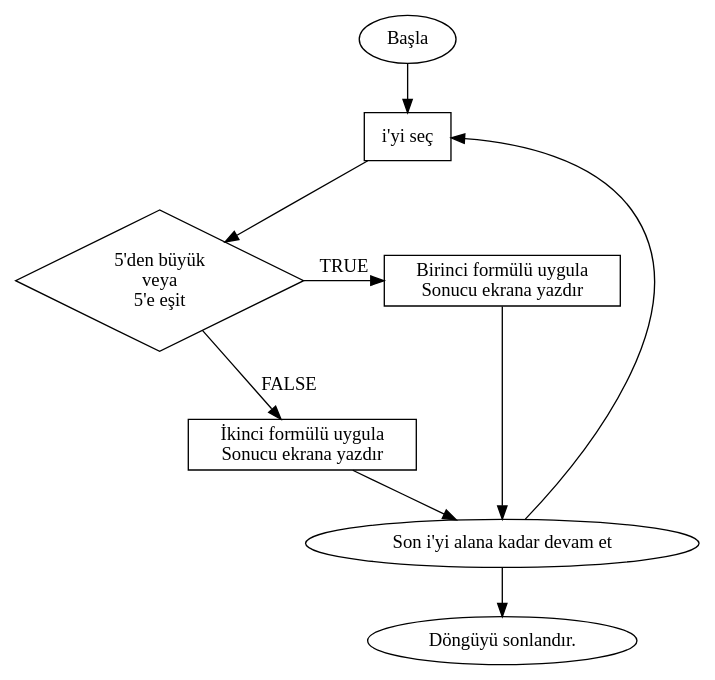
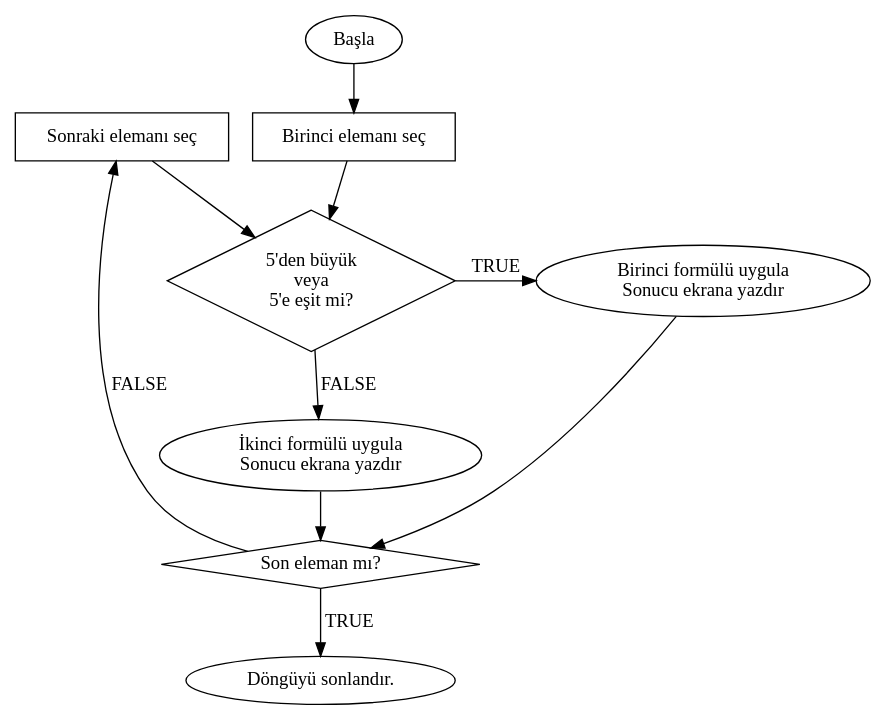
The third of 3 diagrams in 03-bilgisayarli-dusunme/01-ileri-seviye-r-01.qmd (emrahkirdok/ybva), drawn with Graphviz before and after one commit. The commit also changed other lines of this file, not shown here.

Commit message:
if diyagramı güncellendi

````diff
--- a/03-bilgisayarli-dusunme/01-ileri-seviye-r-01.qmd
+++ b/03-bilgisayarli-dusunme/01-ileri-seviye-r-01.qmd
@@ -195,15 +203,28 @@
 ```{dot}
+#| label: fig-all-loop
 digraph g{
-    i [label = "i'yi seç", shape = box];
-    kontrol [label = "5'den büyük \n veya \n 5'e eşit", shape = diamond];
+    eleman [label = "Birinci elemanı seç", shape = box];
+    kontrol [label = "5'den büyük \n veya \n 5'e eşit mi?", shape = diamond];
+    
     son [label = "Son i'yi alana kadar devam et"];
-    ilk [label = "Birinci formülü uygula\nSonucu ekrana yazdır", shape = box];
-    ikinci [label = "İkinci formülü uygula\nSonucu ekrana yazdır", shape = box];
-    "Başla" -> i -> kontrol;
+    
+    ilk [label = "Birinci formülü uygula\nSonucu ekrana yazdır"];
+    ikinci [label = "İkinci formülü uygula\nSonucu ekrana yazdır"];
+    
+    son [label = "Son eleman mı?", shape = diamond];
+    devam [label = "Sonraki elemanı seç", shape = box]
+    
+    "Başla" -> eleman -> kontrol;
+
     kontrol -> ilk [label = "TRUE"];
     kontrol -> ikinci [label = "FALSE"];
+
+    {ilk; ikinci} -> son;
+    son -> devam [label = "FALSE"];
+    devam -> kontrol;
+
+    son -> "Döngüyü sonlandır." [label = "TRUE"]
+    {rank = same; eleman; devam}
     {rank = same; kontrol; ilk};
-    {ilk; ikinci} -> son -> i;
-    son -> "Döngüyü sonlandır."
 }
 ```
````
